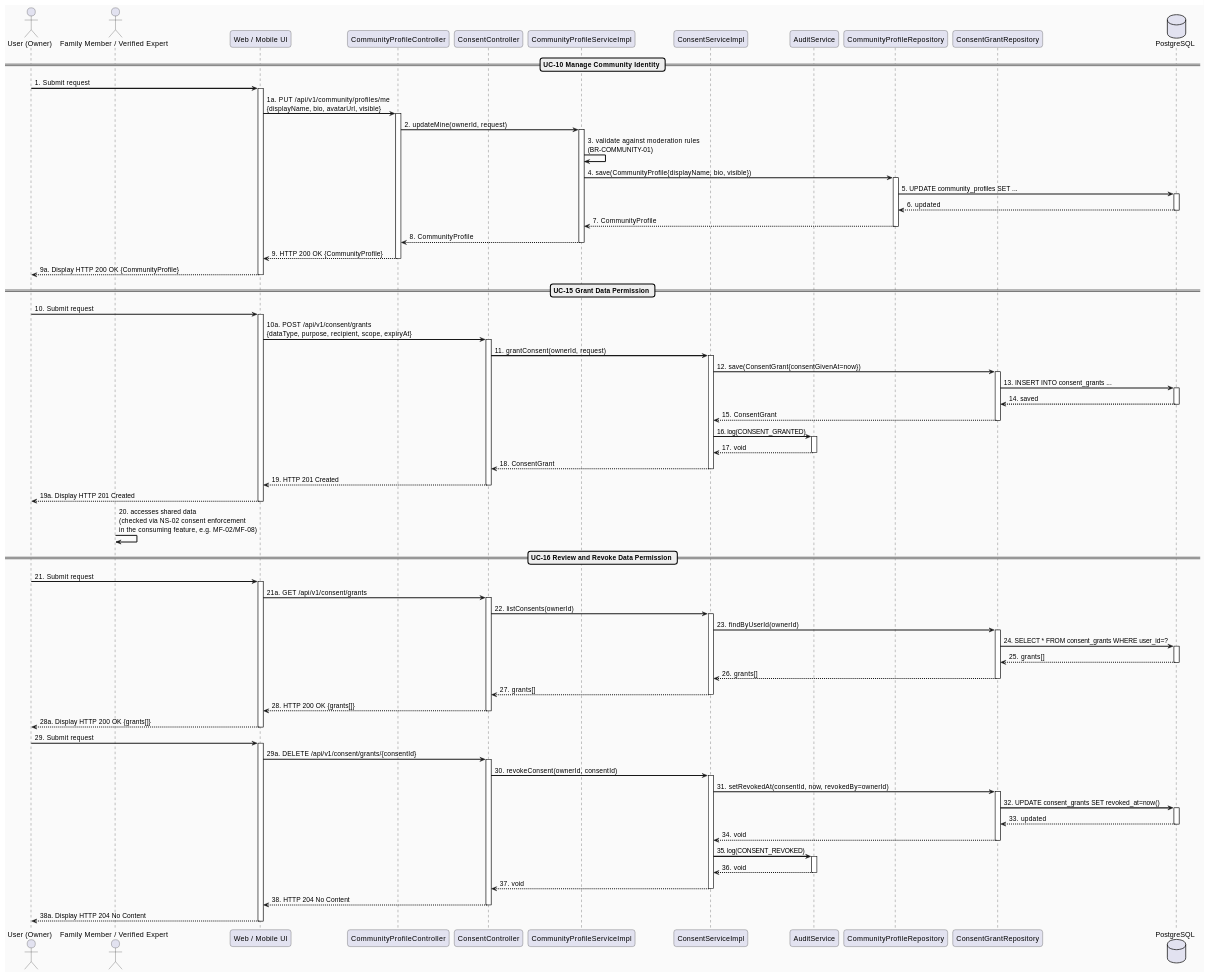
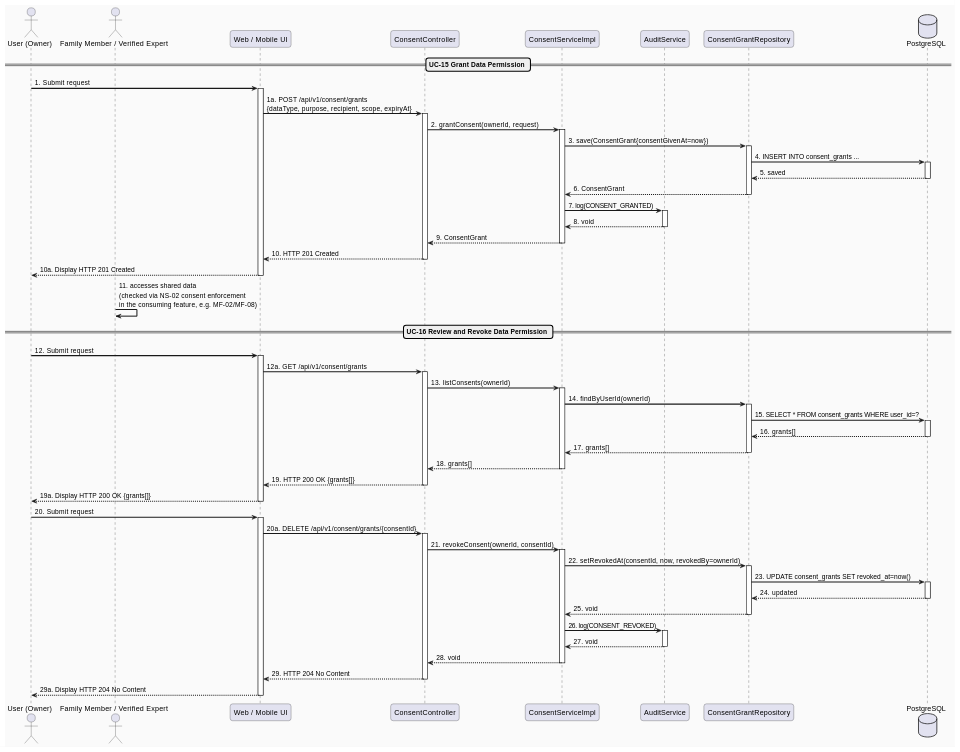
Before and after one commit to ChuongBDHE172784/CareBridge_SEP490_G79: the second of 2 diagrams in docs/Detailed_Design/MF01_Account_Trust_AccesControl/02_Community_Identity_Privacy_Consent_Sharing.md, drawn with PlantUML. The commit also changed other lines of this file and 2 other files, not shown here.

Commit message:
docs(mf01): update community identity spec and PlantUML diagrams for UserProfile unification

```diff
--- a/docs/Detailed_Design/MF01_Account_Trust_AccesControl/02_Community_Identity_Privacy_Consent_Sharing.md
+++ b/docs/Detailed_Design/MF01_Account_Trust_AccesControl/02_Community_Identity_Privacy_Consent_Sharing.md
@@ -141,111 +115,85 @@
 actor "User (Owner)" as Owner
 actor "Family Member / Verified Expert" as Recipient
 participant "Web / Mobile UI" as UI
-participant "CommunityProfileController" as CPController
 participant "ConsentController" as CGController
-participant "CommunityProfileServiceImpl" as CPService
 participant "ConsentServiceImpl" as Service
 participant "AuditService" as Audit
-participant "CommunityProfileRepository" as CPRepo
 participant "ConsentGrantRepository" as Repo
 database "PostgreSQL" as DB
 
-== UC-10 Manage Community Identity ==
+== UC-15 Grant Data Permission ==
 Owner -> UI : 1. Submit request
 activate UI
-UI -> CPController : 1a. PUT /api/v1/community/profiles/me\n{displayName, bio, avatarUrl, visible}
-activate CPController
-CPController -> CPService : 2. updateMine(ownerId, request)
-activate CPService
-CPService -> CPService : 3. validate against moderation rules\n(BR-COMMUNITY-01)
-CPService -> CPRepo : 4. save(CommunityProfile{displayName, bio, visible})
-activate CPRepo
-CPRepo -> DB : 5. UPDATE community_profiles SET ...
+UI -> CGController : 1a. POST /api/v1/consent/grants\n{dataType, purpose, recipient, scope, expiryAt}
+activate CGController
+CGController -> Service : 2. grantConsent(ownerId, request)
+activate Service
+Service -> Repo : 3. save(ConsentGrant{consentGivenAt=now})
+activate Repo
+Repo -> DB : 4. INSERT INTO consent_grants ...
 activate DB
-DB --> CPRepo : 6. updated
+DB --> Repo : 5. saved
 deactivate DB
-CPRepo --> CPService : 7. CommunityProfile
-deactivate CPRepo
-CPService --> CPController : 8. CommunityProfile
-deactivate CPService
-CPController --> UI : 9. HTTP 200 OK {CommunityProfile}
-deactivate CPController
-UI --> Owner : 9a. Display HTTP 200 OK {CommunityProfile}
+Repo --> Service : 6. ConsentGrant
+deactivate Repo
+Service -> Audit : 7. log(CONSENT_GRANTED)
+activate Audit
+Audit --> Service : 8. void
+deactivate Audit
+Service --> CGController : 9. ConsentGrant
+deactivate Service
+CGController --> UI : 10. HTTP 201 Created
+deactivate CGController
+UI --> Owner : 10a. Display HTTP 201 Created
 deactivate UI
 
-== UC-15 Grant Data Permission ==
-Owner -> UI : 10. Submit request
+Recipient -> Recipient : 11. accesses shared data\n(checked via NS-02 consent enforcement\nin the consuming feature, e.g. MF-02/MF-08)
+
+== UC-16 Review and Revoke Data Permission ==
+Owner -> UI : 12. Submit request
 activate UI
-UI -> CGController : 10a. POST /api/v1/consent/grants\n{dataType, purpose, recipient, scope, expiryAt}
+UI -> CGController : 12a. GET /api/v1/consent/grants
 activate CGController
-CGController -> Service : 11. grantConsent(ownerId, request)
+CGController -> Service : 13. listConsents(ownerId)
 activate Service
-Service -> Repo : 12. save(ConsentGrant{consentGivenAt=now})
+Service -> Repo : 14. findByUserId(ownerId)
 activate Repo
-Repo -> DB : 13. INSERT INTO consent_grants ...
+Repo -> DB : 15. SELECT * FROM consent_grants WHERE user_id=?
 activate DB
-DB --> Repo : 14. saved
+DB --> Repo : 16. grants[]
 deactivate DB
-Repo --> Service : 15. ConsentGrant
+Repo --> Service : 17. grants[]
 deactivate Repo
-Service -> Audit : 16. log(CONSENT_GRANTED)
-activate Audit
-Audit --> Service : 17. void
-deactivate Audit
-Service --> CGController : 18. ConsentGrant
+Service --> CGController : 18. grants[]
 deactivate Service
-CGController --> UI : 19. HTTP 201 Created
+CGController --> UI : 19. HTTP 200 OK {grants[]}
 deactivate CGController
-UI --> Owner : 19a. Display HTTP 201 Created
+UI --> Owner : 19a. Display HTTP 200 OK {grants[]}
 deactivate UI
 
-Recipient -> Recipient : 20. accesses shared data\n(checked via NS-02 consent enforcement\nin the consuming feature, e.g. MF-02/MF-08)
-
-== UC-16 Review and Revoke Data Permission ==
-Owner -> UI : 21. Submit request
+Owner -> UI : 20. Submit request
 activate UI
-UI -> CGController : 21a. GET /api/v1/consent/grants
+UI -> CGController : 20a. DELETE /api/v1/consent/grants/{consentId}
 activate CGController
-CGController -> Service : 22. listConsents(ownerId)
+CGController -> Service : 21. revokeConsent(ownerId, consentId)
 activate Service
-Service -> Repo : 23. findByUserId(ownerId)
+Service -> Repo : 22. setRevokedAt(consentId, now, revokedBy=ownerId)
 activate Repo
-Repo -> DB : 24. SELECT * FROM consent_grants WHERE user_id=?
+Repo -> DB : 23. UPDATE consent_grants SET revoked_at=now()
 activate DB
-DB --> Repo : 25. grants[]
+DB --> Repo : 24. updated
 deactivate DB
-Repo --> Service : 26. grants[]
+Repo --> Service : 25. void
 deactivate Repo
-Service --> CGController : 27. grants[]
+Service -> Audit : 26. log(CONSENT_REVOKED)
+activate Audit
+Audit --> Service : 27. void
+deactivate Audit
+Service --> CGController : 28. void
 deactivate Service
-CGController --> UI : 28. HTTP 200 OK {grants[]}
+CGController --> UI : 29. HTTP 204 No Content
 deactivate CGController
-UI --> Owner : 28a. Display HTTP 200 OK {grants[]}
-deactivate UI
-
-Owner -> UI : 29. Submit request
-activate UI
-UI -> CGController : 29a. DELETE /api/v1/consent/grants/{consentId}
-activate CGController
-CGController -> Service : 30. revokeConsent(ownerId, consentId)
-activate Service
-Service -> Repo : 31. setRevokedAt(consentId, now, revokedBy=ownerId)
-activate Repo
-Repo -> DB : 32. UPDATE consent_grants SET revoked_at=now()
-activate DB
-DB --> Repo : 33. updated
-deactivate DB
-Repo --> Service : 34. void
-deactivate Repo
-Service -> Audit : 35. log(CONSENT_REVOKED)
-activate Audit
-Audit --> Service : 36. void
-deactivate Audit
-Service --> CGController : 37. void
-deactivate Service
-CGController --> UI : 38. HTTP 204 No Content
-deactivate CGController
-UI --> Owner : 38a. Display HTTP 204 No Content
+UI --> Owner : 29a. Display HTTP 204 No Content
 deactivate UI
 
 @enduml
```
